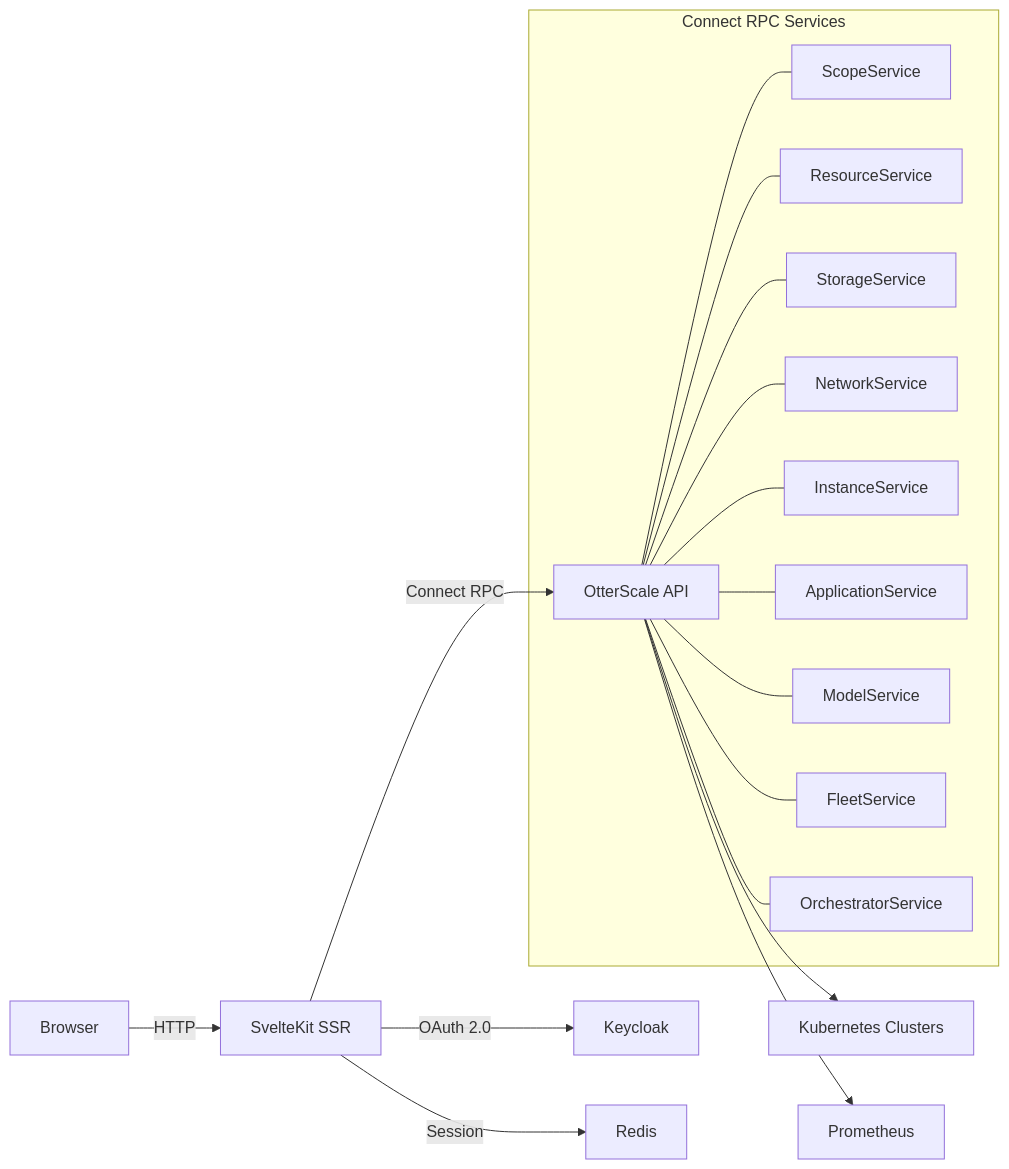
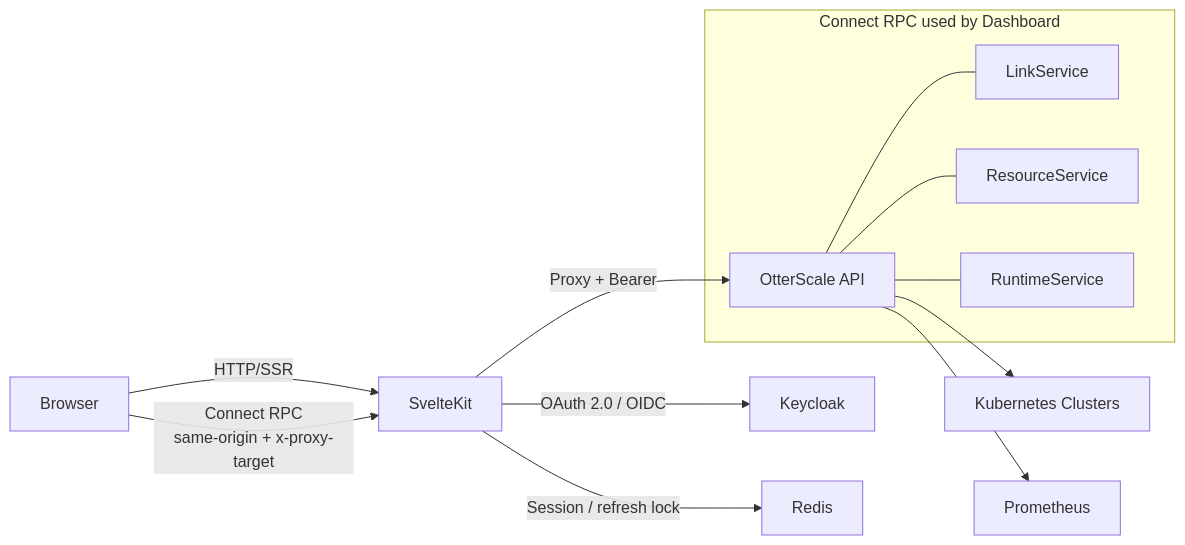
The diagram in README.md (otterscale/dashboard), drawn with Mermaid before and after one commit.

Commit message:
refactor: update README.md diagram for clarity and accuracy
- Revised the architecture diagram to reflect current interactions and components.
- Enhanced labels for better understanding of the flow between Browser, SvelteKit, Keycloak, Redis, and the OtterScale API.
- Updated subgraph descriptions to accurately represent the services used by the Dashboard.

````diff
--- a/README.md
+++ b/README.md
@@ -10,21 +10,16 @@
 ```mermaid
 graph LR
-    Browser -->|HTTP| SvelteKit[SvelteKit SSR]
-    SvelteKit -->|OAuth 2.0| Keycloak
-    SvelteKit -->|Session| Redis
-    SvelteKit -->|Connect RPC| API[OtterScale API]
+    Browser -->|HTTP/SSR| SvelteKit[SvelteKit]
+    Browser -->|Connect RPC<br/>same-origin + x-proxy-target| SvelteKit
+    SvelteKit -->|OAuth 2.0 / OIDC| Keycloak[Keycloak]
+    SvelteKit -->|Session / refresh lock| Redis[Redis]
+    SvelteKit -->|Proxy + Bearer| API[OtterScale API]
     API --> K8s[Kubernetes Clusters]
-    API --> Prometheus
+    API --> Prometheus[Prometheus]
 
-    subgraph Connect RPC Services
-        API --- ScopeService
-        API --- ResourceService
-        API --- StorageService
-        API --- NetworkService
-        API --- InstanceService
-        API --- ApplicationService
-        API --- ModelService
-        API --- FleetService
-        API --- OrchestratorService
+    subgraph Connect RPC used by Dashboard
+        API --- LinkService[LinkService]
+        API --- ResourceService[ResourceService]
+        API --- RuntimeService[RuntimeService]
     end
 ```
````
